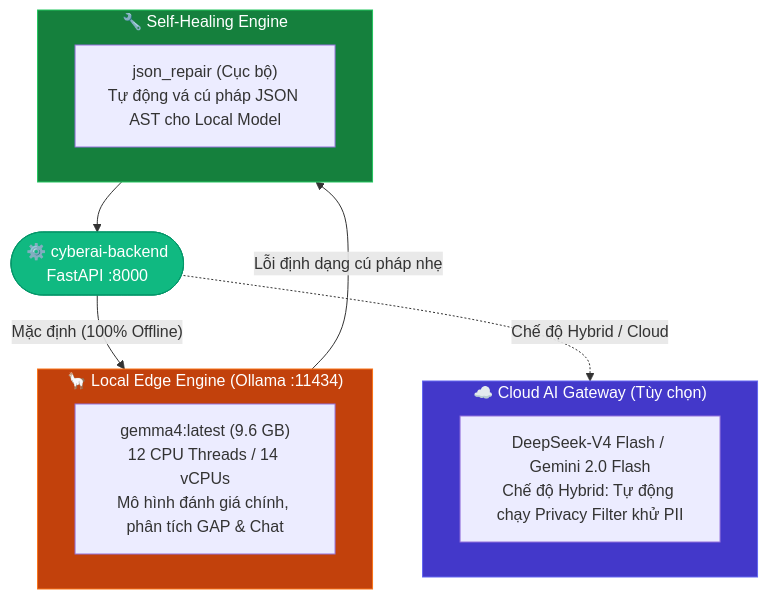
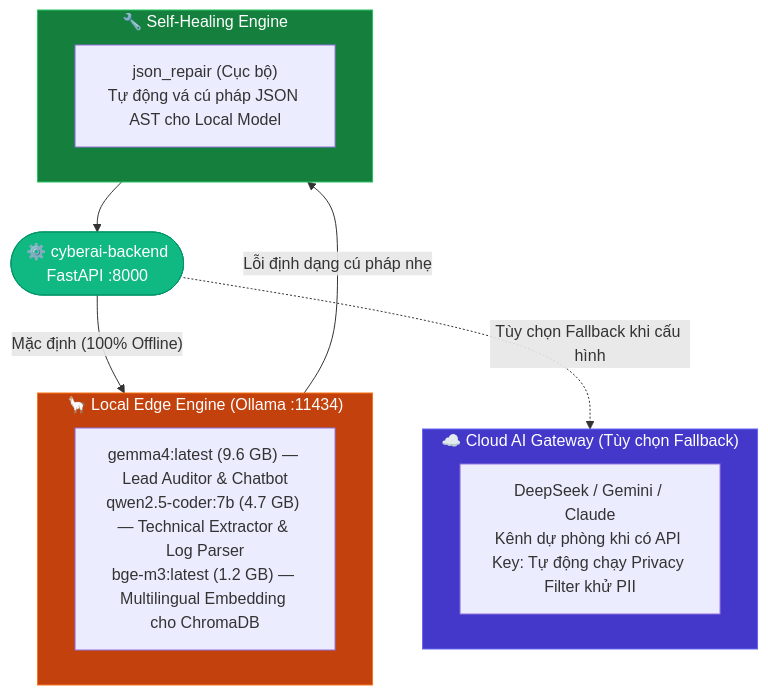
One commit to NghiaDinh03/CyberAI-Assessment-project changed the second of 8 diagrams in docs/vi/architecture.md. Above: the diagram before and after it, drawn with Mermaid. The commit also changed other lines of this file and 94 other files, not shown here.

Commit message:
feat(pipeline): standardize unified assessment schema, runtime audit telemetry, masked evidence manifests, and artifact consistency validation

````diff
--- a/docs/vi/architecture.md
+++ b/docs/vi/architecture.md
@@ -101,26 +101,26 @@
 ```mermaid
 flowchart TB
     BE(["⚙️ cyberai-backend\nFastAPI :8000"])
 
     subgraph LOCAL["🦙 Local Edge Engine (Ollama :11434)"]
-        O1["gemma4:latest (9.6 GB)\n12 CPU Threads / 14 vCPUs\nMô hình đánh giá chính, phân tích GAP & Chat"]
+        O1["gemma4:latest (9.6 GB) — Lead Auditor & Chatbot\nqwen2.5-coder:7b (4.7 GB) — Technical Extractor & Log Parser\nbge-m3:latest (1.2 GB) — Multilingual Embedding cho ChromaDB"]
     end
 
     subgraph REPAIR["🔧 Self-Healing Engine"]
         R1["json_repair (Cục bộ)\nTự động vá cú pháp JSON AST cho Local Model"]
     end
 
-    subgraph CLOUD["☁️ Cloud AI Gateway (Tùy chọn)"]
-        C1["DeepSeek-V4 Flash / Gemini 2.0 Flash\nChế độ Hybrid: Tự động chạy Privacy Filter khử PII"]
+    subgraph CLOUD["☁️ Cloud AI Gateway (Tùy chọn Fallback)"]
+        C1["DeepSeek / Gemini / Claude\nKênh dự phòng khi có API Key: Tự động chạy Privacy Filter khử PII"]
     end
 
     BE -- "Mặc định (100% Offline)" --> LOCAL
     LOCAL -->|"Lỗi định dạng cú pháp nhẹ"| REPAIR
     REPAIR --> BE
-    BE -. "Chế độ Hybrid / Cloud" .-> CLOUD
+    BE -. "Tùy chọn Fallback khi cấu hình" .-> CLOUD
 
     style BE fill:#10b981,stroke:#059669,color:#fff
     style LOCAL fill:#c2410c,stroke:#f97316,color:#fff
     style REPAIR fill:#15803d,stroke:#22c55e,color:#fff
     style CLOUD fill:#4338ca,stroke:#6366f1,color:#fff
 ```
````
